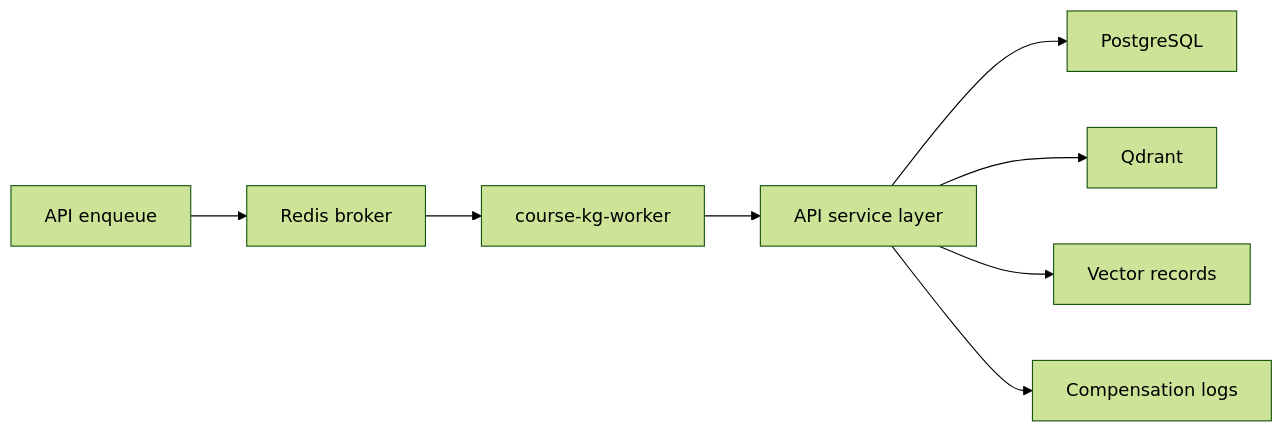
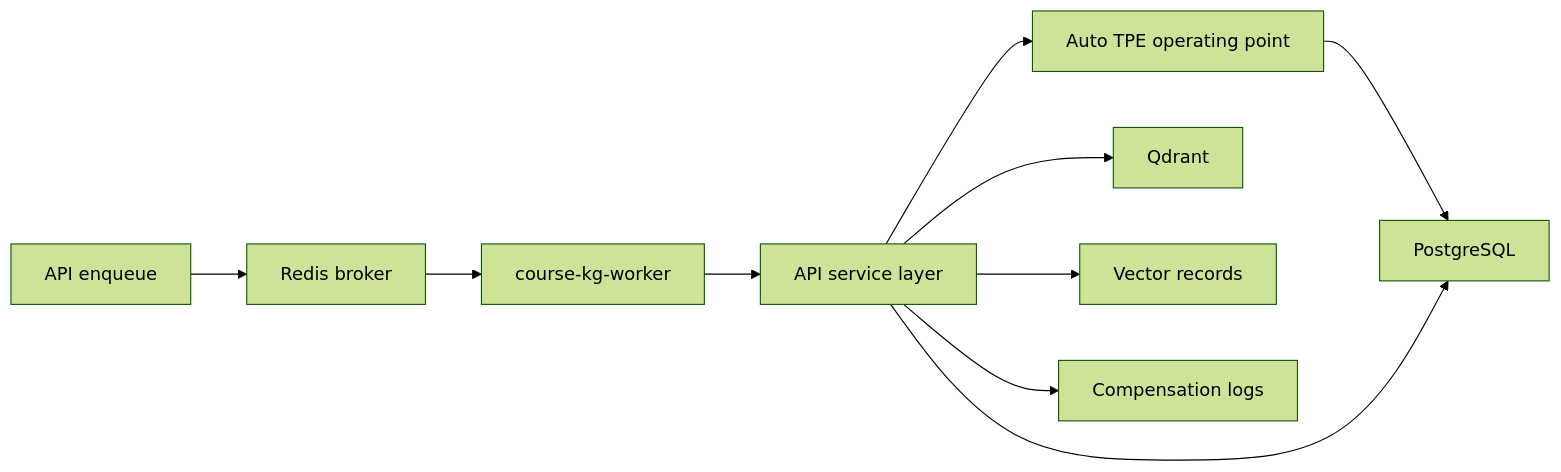
Before and after one commit to Sggggt/SymboGraph: the diagram in apps/worker/README.md, drawn with Mermaid (forest theme). The commit also changed other lines of this file and 34 other files, not shown here.

````diff
--- a/apps/worker/README.md
+++ b/apps/worker/README.md
@@ -32,10 +32,12 @@
 ```mermaid
 flowchart LR
     API["API enqueue"] --> R["Redis broker"]
     R --> W["course-kg-worker"]
     W --> S["API service layer"]
+    S --> T["Auto TPE operating point"]
+    T --> PG
     S --> PG["PostgreSQL"]
     S --> Q["Qdrant"]
     S --> V["Vector records"]
     S --> C["Compensation logs"]
 ```
````
